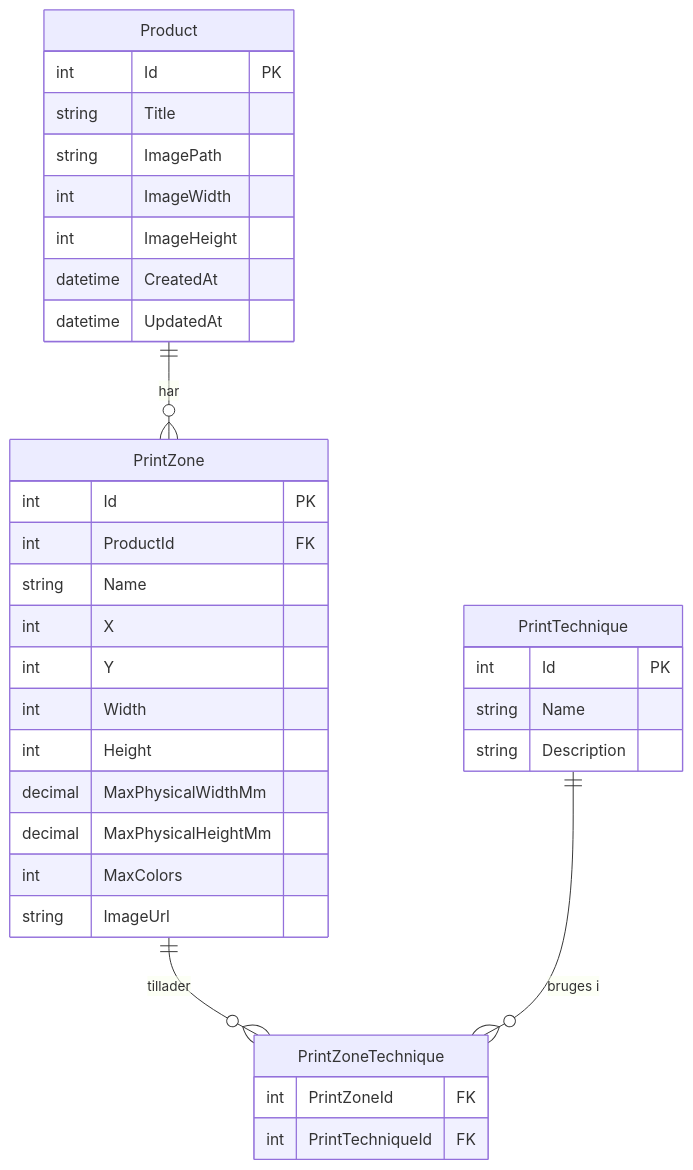
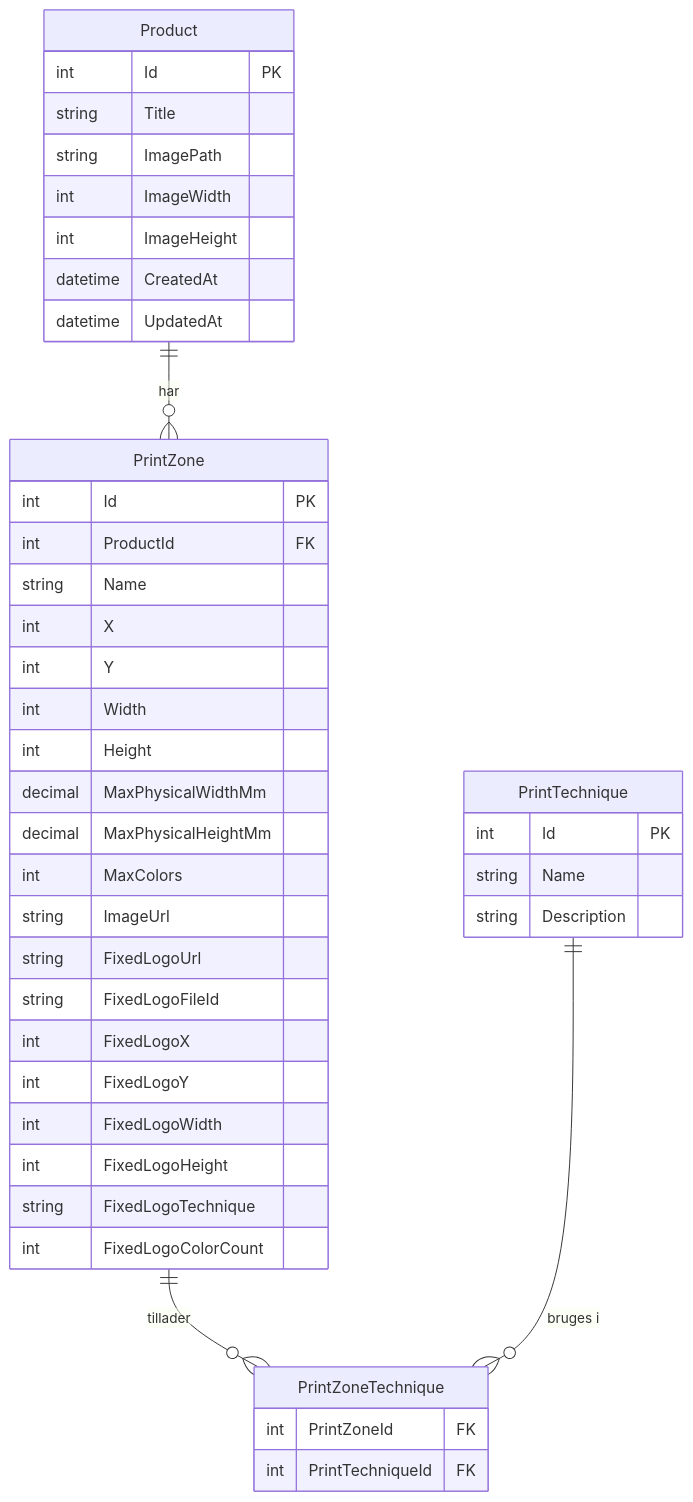
The diagram in docs/er/er.md (MikkelSandell/backend-bachelor-logo-visualiser), drawn with Mermaid before and after one commit. The commit also changed 4 other files, not shown here.

````diff
--- a/docs/er/er.md
+++ b/docs/er/er.md
@@ -5,38 +5,46 @@
 ```mermaid
 erDiagram
     Product {
         int     Id               PK
         string  Title
         string  ImagePath
         int     ImageWidth
         int     ImageHeight
         datetime CreatedAt
         datetime UpdatedAt
     }
     PrintZone {
         int     Id               PK
         int     ProductId        FK
         string  Name
         int     X
         int     Y
         int     Width
         int     Height
         decimal MaxPhysicalWidthMm
         decimal MaxPhysicalHeightMm
         int     MaxColors
         string  ImageUrl
+        string  FixedLogoUrl
+        string  FixedLogoFileId
+        int     FixedLogoX
+        int     FixedLogoY
+        int     FixedLogoWidth
+        int     FixedLogoHeight
+        string  FixedLogoTechnique
+        int     FixedLogoColorCount
     }
     PrintTechnique {
         int    Id    PK
         string Name
         string Description
     }
     PrintZoneTechnique {
         int PrintZoneId      FK
         int PrintTechniqueId FK
     }
 
     Product        ||--o{ PrintZone          : "har"
     PrintZone      ||--o{ PrintZoneTechnique : "tillader"
     PrintTechnique ||--o{ PrintZoneTechnique : "bruges i"
 ```
````
